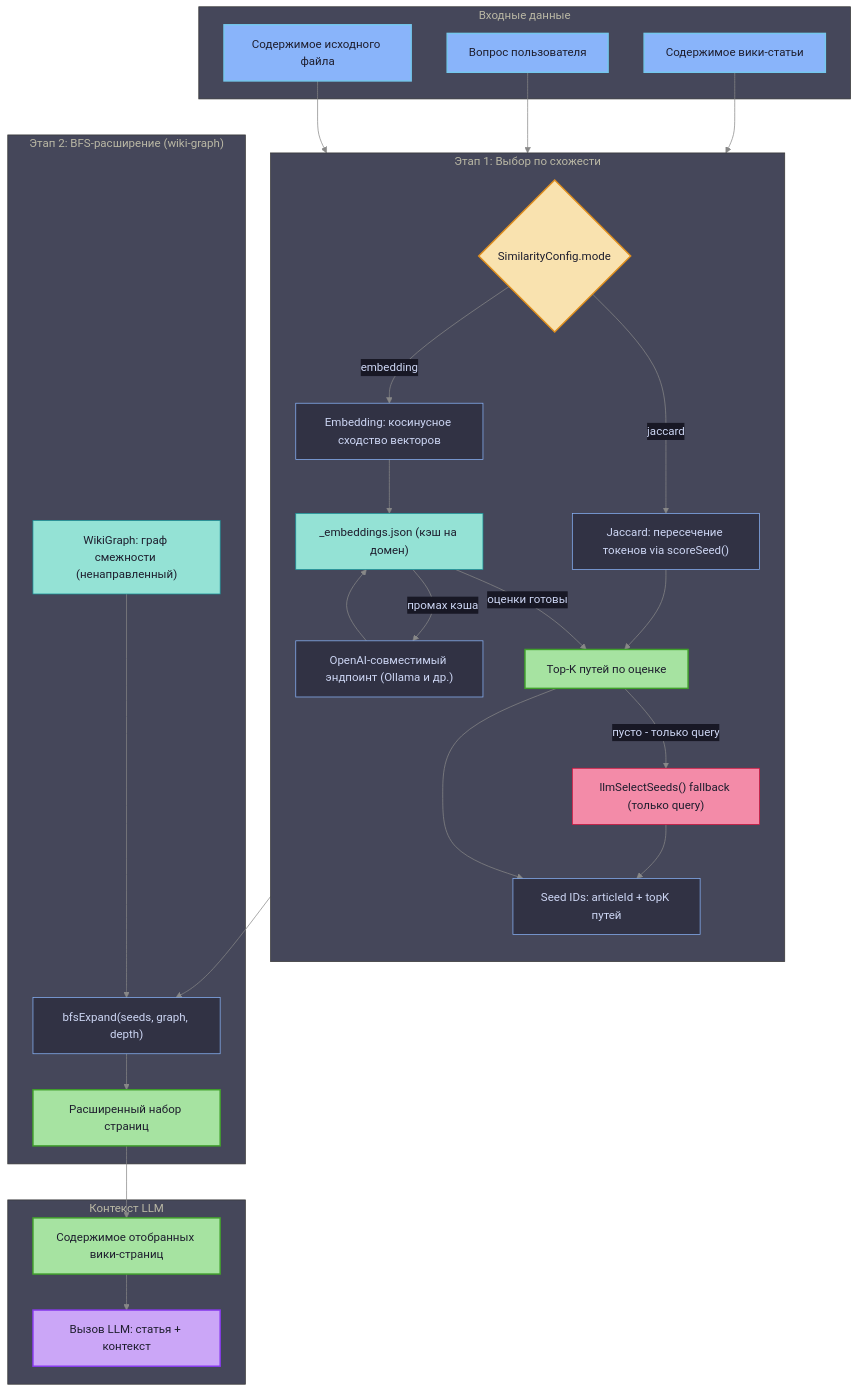
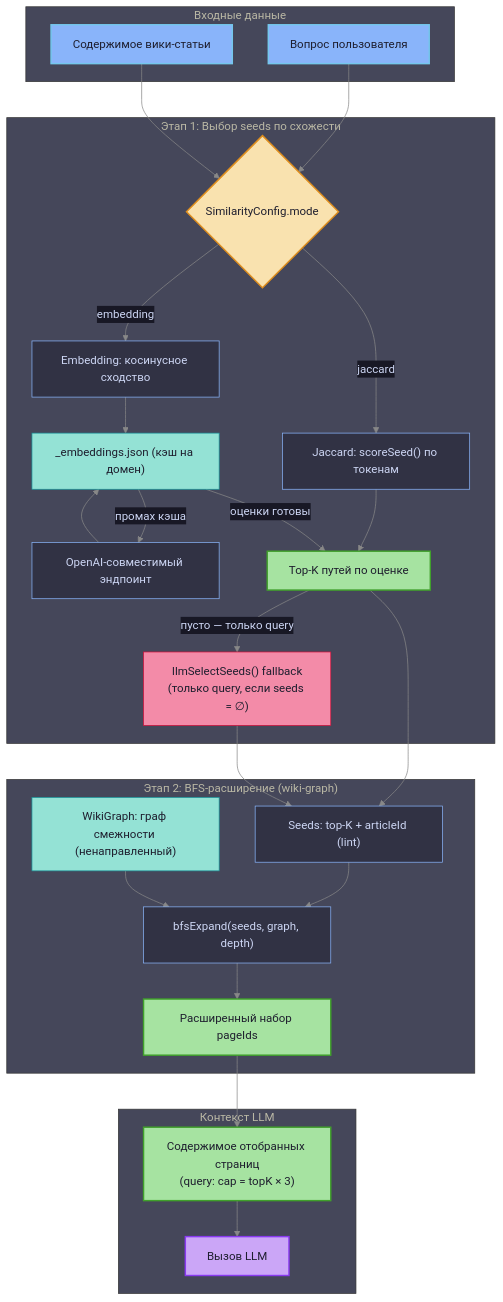
One commit to ikeniborn/obsidian-ai-wiki changed the second of 3 diagrams in docs/article-filtering.md. Above: the diagram before and after it, drawn with Mermaid. The commit also changed other lines of this file and 8 other files, not shown here.

````diff
--- a/docs/article-filtering.md
+++ b/docs/article-filtering.md
@@ -11,76 +62,72 @@
 ```mermaid
 %%{init: {'theme': 'base', 'themeVariables': {
   'background': '#1e1e2e',
   'primaryColor': '#313244',
   'primaryTextColor': '#cdd6f4',
   'primaryBorderColor': '#89b4fa',
   'lineColor': '#888888',
   'secondaryColor': '#181825',
   'tertiaryColor': '#45475a'
 }}}%%
 flowchart TD
-    subgraph input_layer["Входные данные"]
-        IN_INGEST["Содержимое исходного файла"]
+    subgraph inputs["Входные данные"]
         IN_QUERY["Вопрос пользователя"]
         IN_LINT["Содержимое вики-статьи"]
     end
 
-    subgraph similarity["Этап 1: Выбор по схожести"]
-        direction TB
+    subgraph similarity["Этап 1: Выбор seeds по схожести"]
         MODE{"SimilarityConfig.mode"}
-        JAC["Jaccard: пересечение токенов via scoreSeed()"]
-        EMB["Embedding: косинусное сходство векторов"]
+        JAC["Jaccard: scoreSeed() по токенам"]
+        EMB["Embedding: косинусное сходство"]
         EMB_CACHE["_embeddings.json (кэш на домен)"]
-        EMB_API["OpenAI-совместимый эндпоинт (Ollama и др.)"]
+        EMB_API["OpenAI-совместимый эндпоинт"]
         TOPK["Top-K путей по оценке"]
-        LLM_FALLBACK["llmSelectSeeds() fallback (только query)"]
+        LLM_FALLBACK["llmSelectSeeds() fallback\n(только query, если seeds = ∅)"]
 
         MODE -->|jaccard| JAC
         MODE -->|embedding| EMB
         EMB --> EMB_CACHE
         EMB_CACHE -->|"промах кэша"| EMB_API
         EMB_API --> EMB_CACHE
         JAC --> TOPK
         EMB_CACHE -->|"оценки готовы"| TOPK
-        TOPK -->|"пусто - только query"| LLM_FALLBACK
-        LLM_FALLBACK --> BFS_SEEDS
+        TOPK -->|"пусто — только query"| LLM_FALLBACK
     end
 
     subgraph bfs_layer["Этап 2: BFS-расширение (wiki-graph)"]
-        BFS_SEEDS["Seed IDs: articleId + topK путей"]
+        BFS_SEEDS["Seeds: top-K + articleId (lint)"]
         GRAPH["WikiGraph: граф смежности (ненаправленный)"]
         BFS["bfsExpand(seeds, graph, depth)"]
-        EXPANDED["Расширенный набор страниц"]
+        EXPANDED["Расширенный набор pageIds"]
 
         BFS_SEEDS --> BFS
         GRAPH --> BFS
         BFS --> EXPANDED
     end
 
     subgraph llm_ctx["Контекст LLM"]
-        PAGES["Содержимое отобранных вики-страниц"]
-        LLM_CALL["Вызов LLM: статья + контекст"]
+        PAGES["Содержимое отобранных страниц\n(query: cap = topK × 3)"]
+        LLM_CALL["Вызов LLM"]
     end
 
-    IN_INGEST --> MODE
     IN_QUERY --> MODE
     IN_LINT --> MODE
-
     TOPK --> BFS_SEEDS
+    LLM_FALLBACK --> BFS_SEEDS
     EXPANDED --> PAGES
     PAGES --> LLM_CALL
 
     classDef input    fill:#89b4fa,color:#1e1e2e,stroke:#74c7ec,stroke-width:2px
     classDef stage    fill:#a6e3a1,color:#1e1e2e,stroke:#40a02b,stroke-width:2px
     classDef decision fill:#f9e2af,color:#1e1e2e,stroke:#df8e1d,stroke-width:2px
     classDef cache    fill:#94e2d5,color:#1e1e2e,stroke:#179299
     classDef fallback fill:#f38ba8,color:#1e1e2e,stroke:#d20f39
     classDef output   fill:#cba6f7,color:#1e1e2e,stroke:#8839ef,stroke-width:2px
 
-    class IN_INGEST,IN_QUERY,IN_LINT input
+    class IN_QUERY,IN_LINT input
     class TOPK,EXPANDED,PAGES stage
     class MODE decision
     class EMB_CACHE,GRAPH cache
     class LLM_FALLBACK fallback
     class LLM_CALL output
 ```
````
